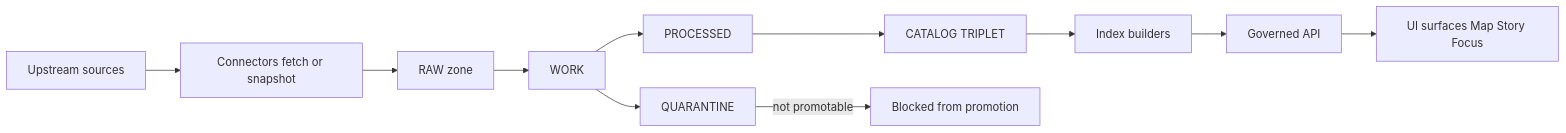
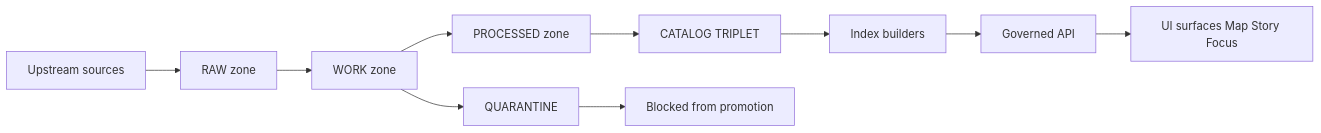
One commit to bartytime4life/Kansas-Frontier-Matrix changed the diagram in data/README.md. Above: the diagram before and after it, drawn with Mermaid. The commit also changed other lines of this file, not shown here.

````diff
--- a/data/README.md
+++ b/data/README.md
@@ -84,14 +98,13 @@
 ```mermaid
 flowchart LR
-  Upstream[Upstream sources] --> Connectors[Connectors fetch or snapshot]
-  Connectors --> RAW[RAW zone]
-  RAW --> WORK[WORK]
-  WORK --> PROCESSED[PROCESSED]
+  Upstream[Upstream sources] --> RAW[RAW zone]
+  RAW --> WORK[WORK zone]
   WORK --> QUAR[QUARANTINE]
+  WORK --> PROCESSED[PROCESSED zone]
   PROCESSED --> CATALOG[CATALOG TRIPLET]
-  CATALOG --> Indexers[Index builders]
-  Indexers --> API[Governed API]
+  CATALOG --> INDEXES[Index builders]
+  INDEXES --> API[Governed API]
   API --> UI[UI surfaces Map Story Focus]
 
-  QUAR -->|not promotable| STOP[Blocked from promotion]
+  QUAR --> STOP[Blocked from promotion]
 ```
````
